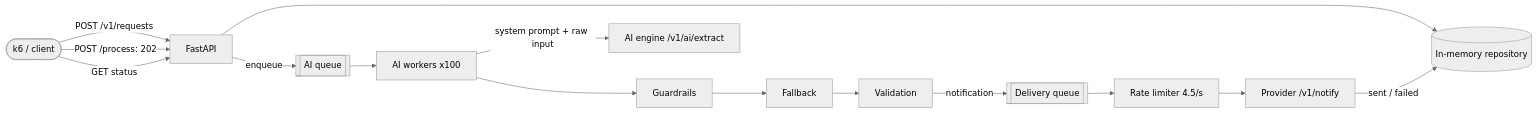
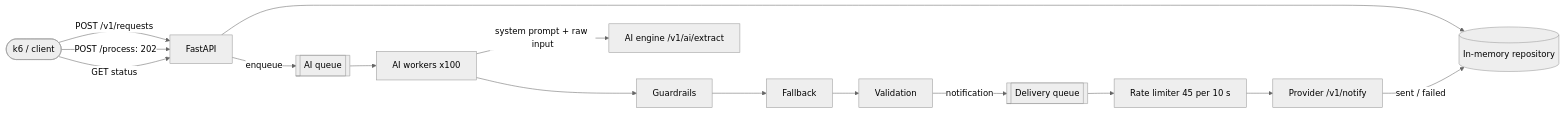
One commit to kintstoner/intelligent-notification-service changed the diagram in README.md. Above: the diagram before and after it, drawn with Mermaid (neutral theme). The commit also changed other lines of this file and 10 other files, not shown here.

````diff
--- a/README.md
+++ b/README.md
@@ -42,14 +42,14 @@
 ```mermaid
 flowchart LR
     client([k6 / client]) -->|POST /v1/requests| api[FastAPI]
     client -->|POST /process: 202| api
     client -->|GET status| api
     api --> repo[(In-memory repository)]
     api -->|enqueue| q1[[AI queue]]
     q1 --> workers[AI workers x100]
     workers -->|system prompt + raw input| ai[AI engine /v1/ai/extract]
     workers --> guard[Guardrails] --> fallback[Fallback] --> valid[Validation]
     valid -->|notification| q2[[Delivery queue]]
-    q2 --> limiter[Rate limiter 4.5/s] --> notify[Provider /v1/notify]
+    q2 --> limiter[Rate limiter 45 per 10 s] --> notify[Provider /v1/notify]
     notify -->|sent / failed| repo
 ```
````
